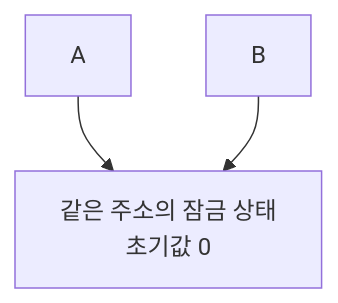
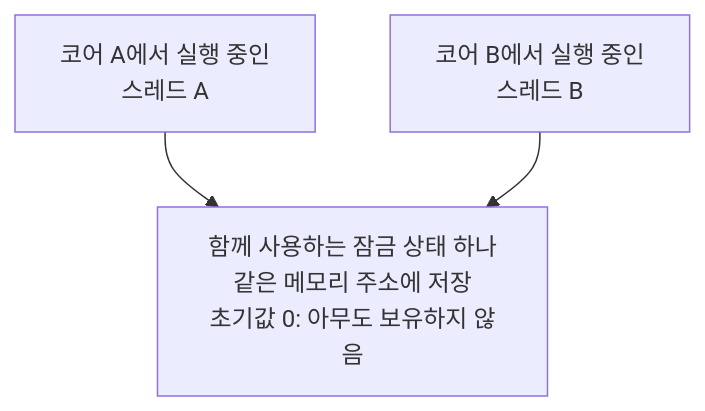
The fourth of 5 diagrams in content/posts/last-stock-ordering.md (owencity/owencity.github.io), drawn with Mermaid before and after one commit. The commit also changed other lines of this file, not shown here.

````diff
--- a/content/posts/last-stock-ordering.md
+++ b/content/posts/last-stock-ordering.md
@@ -87,5 +88,5 @@
 ```mermaid
 flowchart TD
-    A["A"] --> L["같은 주소의 잠금 상태<br/>초기값 0"]
-    B["B"] --> L
+    A["코어 A에서 실행 중인<br/>스레드 A"] --> L["함께 사용하는 잠금 상태 하나<br/>같은 메모리 주소에 저장<br/>초기값 0: 아무도 보유하지 않음"]
+    B["코어 B에서 실행 중인<br/>스레드 B"] --> L
 ```
````
